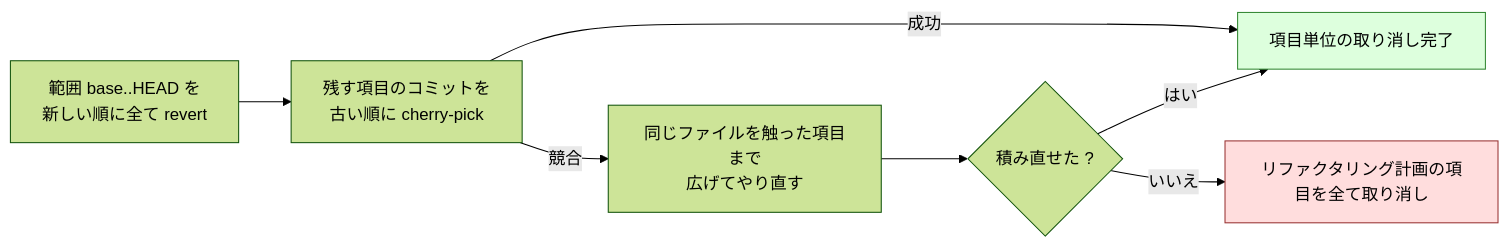
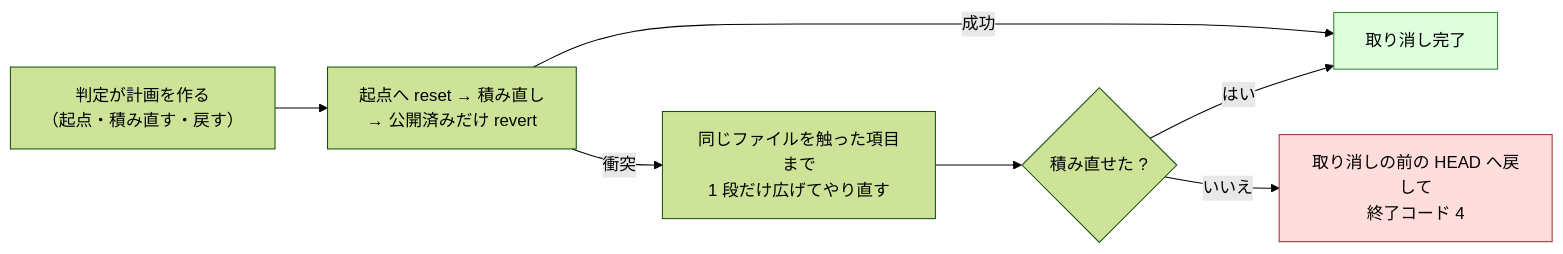
The diagram in plugins/ndf/skills/cross-refactoring/docs/04-verify-and-report.md (devbasex/ai-plugins), drawn with Mermaid (forest theme) before and after one commit. The commit also changed other lines of this file and 3 other files, not shown here.

````diff
--- a/plugins/ndf/skills/cross-refactoring/docs/04-verify-and-report.md
+++ b/plugins/ndf/skills/cross-refactoring/docs/04-verify-and-report.md
@@ -112,11 +116,11 @@
 ```mermaid
 flowchart LR
-    A["範囲 base..HEAD を<br/>新しい順に全て revert"] --> B["残す項目のコミットを<br/>古い順に cherry-pick"]
-    B -->|成功| C["項目単位の取り消し完了"]:::ok
-    B -->|競合| D["同じファイルを触った項目まで<br/>広げてやり直す"] --> F{"積み直せた ?"}
+    A["判定が計画を作る<br/>（起点・積み直す・戻す）"] --> B["起点へ reset → 積み直し<br/>→ 公開済みだけ revert"]
+    B -->|成功| C["取り消し完了"]:::ok
+    B -->|衝突| D["同じファイルを触った項目まで<br/>1 段だけ広げてやり直す"] --> F{"積み直せた ?"}
     F -->|はい| C
-    F -->|いいえ| E["リファクタリング計画の項目を全て取り消し"]:::stop
+    F -->|いいえ| E["取り消しの前の HEAD へ戻して<br/>終了コード 4"]:::stop
 
     classDef ok fill:#dfd,stroke:#383
     classDef stop fill:#fdd,stroke:#933
 ```
````
